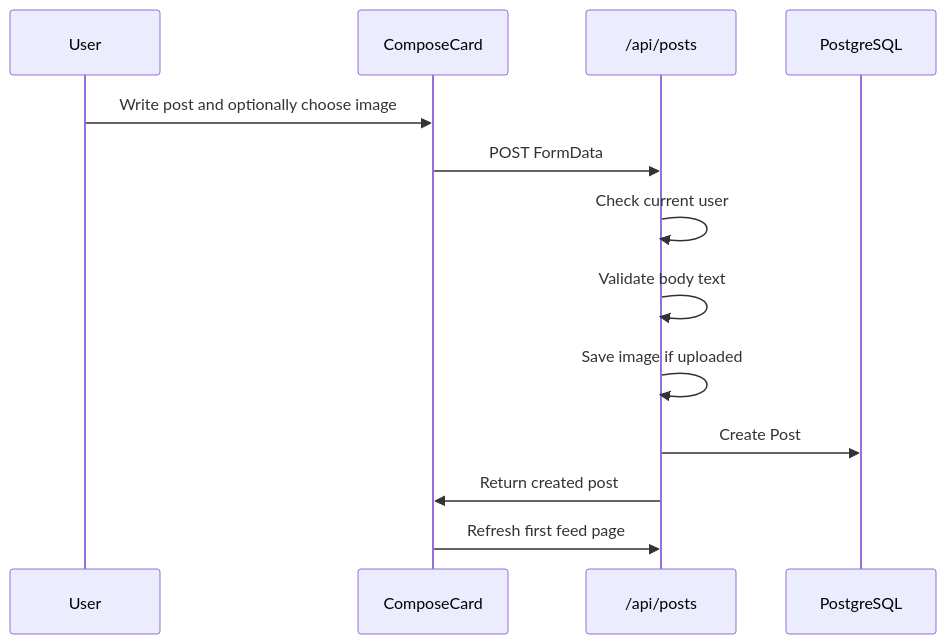
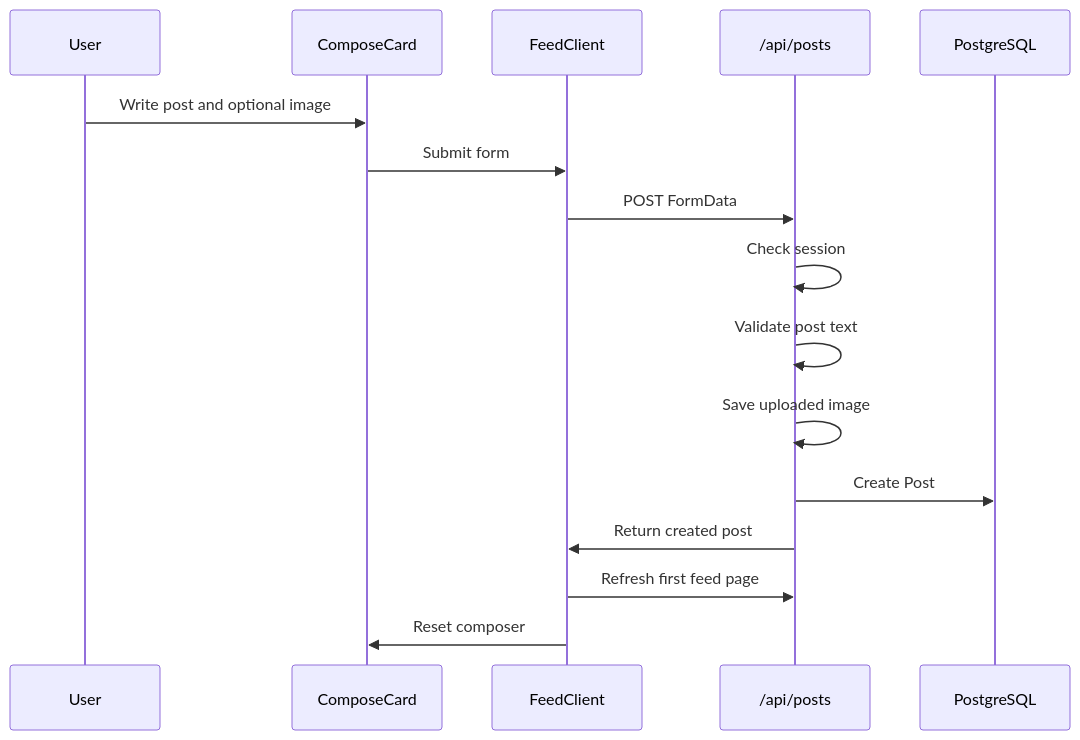
The fourth of 4 diagrams in SYSTEM_DESIGN_NOTES.md (Msajib/buddy-script), drawn with Mermaid before and after one commit. The commit also changed other lines of this file and 6 other files, not shown here.

````diff
--- a/SYSTEM_DESIGN_NOTES.md
+++ b/SYSTEM_DESIGN_NOTES.md
@@ -286,16 +591,19 @@
 ```mermaid
 sequenceDiagram
   participant U as User
   participant C as ComposeCard
+  participant F as FeedClient
   participant A as /api/posts
   participant DB as PostgreSQL
 
-  U->>C: Write post and optionally choose image
-  C->>A: POST FormData
-  A->>A: Check current user
-  A->>A: Validate body text
-  A->>A: Save image if uploaded
+  U->>C: Write post and optional image
+  C->>F: Submit form
+  F->>A: POST FormData
+  A->>A: Check session
+  A->>A: Validate post text
+  A->>A: Save uploaded image
   A->>DB: Create Post
-  A->>C: Return created post
-  C->>A: Refresh first feed page
+  A->>F: Return created post
+  F->>A: Refresh first feed page
+  F->>C: Reset composer
 ```
````
